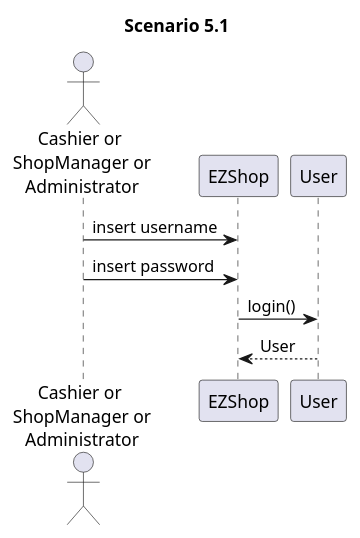
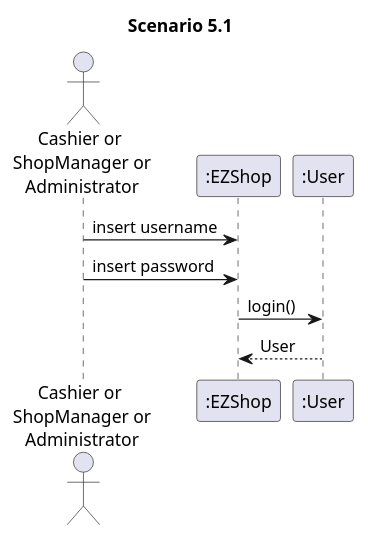
The eighth of 10 diagrams in Deliverables/DesignDocument.md (marco-ballario/EzShop), drawn with PlantUML before and after one commit. The commit also changed other lines of this file, not shown here.

````diff
--- a/Deliverables/DesignDocument.md
+++ b/Deliverables/DesignDocument.md
@@ -324,8 +324,8 @@
 ```plantuml
 title Scenario 5.1
 actor "Cashier or\n ShopManager or\n Administrator" as act
-act -> EZShop : insert username
-act -> EZShop : insert password
-EZShop -> User : login()
-User --> EZShop : User
+act -> ":EZShop" : insert username
+act -> ":EZShop" : insert password
+":EZShop" -> ":User" : login()
+":User" --> ":EZShop" : User
 ```
````
